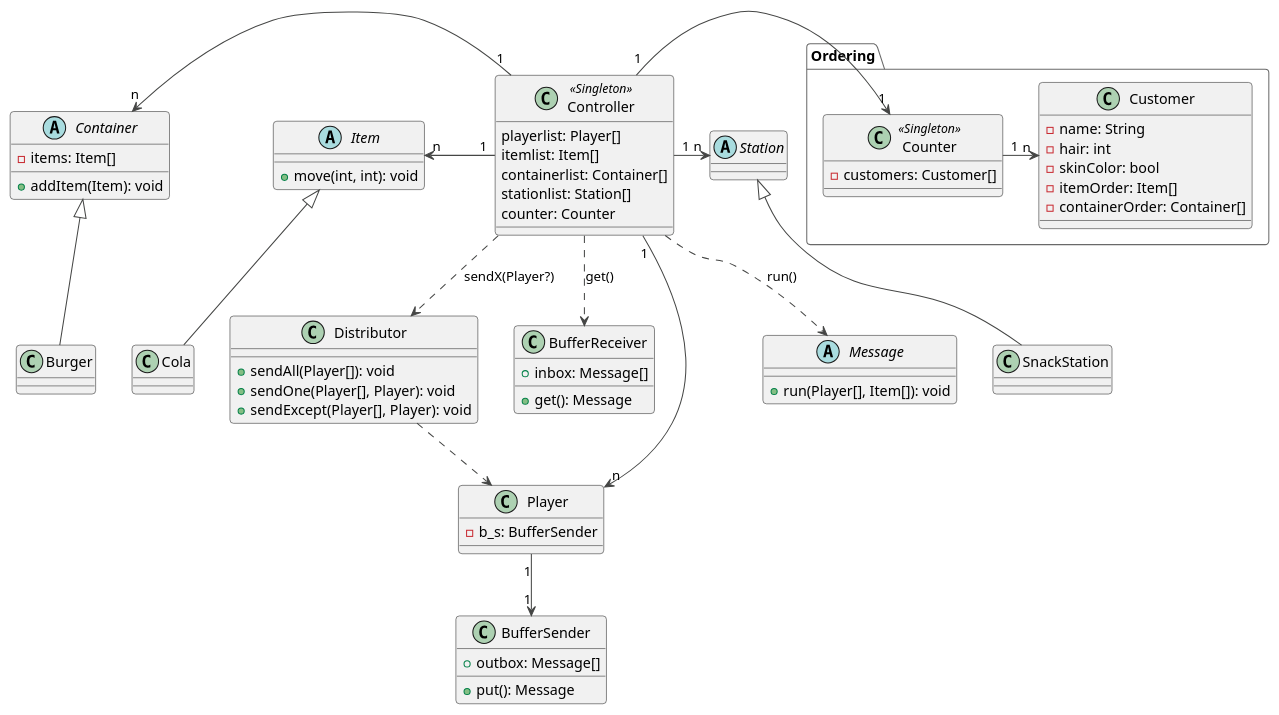
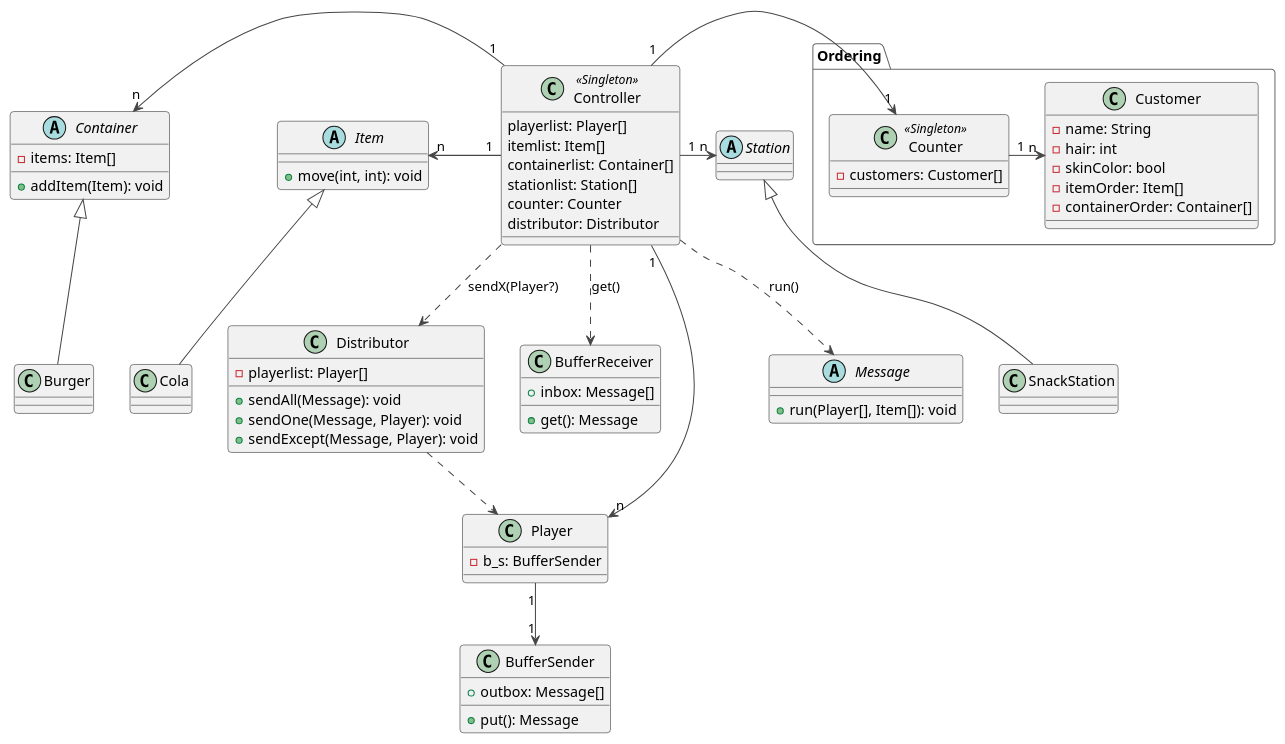
The diagram in Server/architecture.puml (Ballmaid/UnderWaterRestaurantGame), drawn with PlantUML before and after one commit. The commit also changed 8 other files, not shown here.

```diff
--- a/Server/architecture.puml
+++ b/Server/architecture.puml
@@ -1,70 +1,72 @@
 @startuml
 !theme vibrant
 
 class BufferReceiver{
     + inbox: Message[]
     + get(): Message
 }
 
 class BufferSender{
     + outbox: Message[]
     + put(): Message
 }
 Player "1" --> "1" BufferSender
 
 abstract class Message{
     + run(Player[], Item[]): void
 }
 
 class Controller << Singleton >>{
     playerlist: Player[]
     itemlist: Item[]
     containerlist: Container[]
     stationlist: Station[]
     counter: Counter
+    distributor: Distributor
 }
 Controller "1" --> "n" Player
 Controller "1" -l-> "n" Item
 Controller "1" -l-> "n" Container
 Controller "1" -r-> "n" Station
 Controller "1" -l-> "1" Ordering.Counter
 Controller ..> Message: run()
 class Distributor{
-    + sendAll(Player[]): void
-    + sendOne(Player[], Player): void
-    + sendExcept(Player[], Player): void
+    - playerlist: Player[]
+    + sendAll(Message): void
+    + sendOne(Message, Player): void
+    + sendExcept(Message, Player): void
 }
 Controller ..> BufferReceiver: get()
 Controller ..> Distributor: sendX(Player?)
 Distributor ..> Player
 abstract class Item{
     + move(int, int): void
 }
 abstract class Container{
     - items: Item[]
     + addItem(Item): void
 }
 class Cola extends Item
 class Burger extends Container
 
 class Player{
     - b_s: BufferSender
 }
 
 abstract class Station
 class SnackStation extends Station
 package "Ordering"{
     class Counter << Singleton >>{
         - customers: Customer[]
     }
     class Customer{
         - name: String
         - hair: int
         - skinColor: bool
         - itemOrder: Item[]
         - containerOrder: Container[]
     }
     Counter "1" -r-> "n" Customer
 }
 
 @enduml
```
